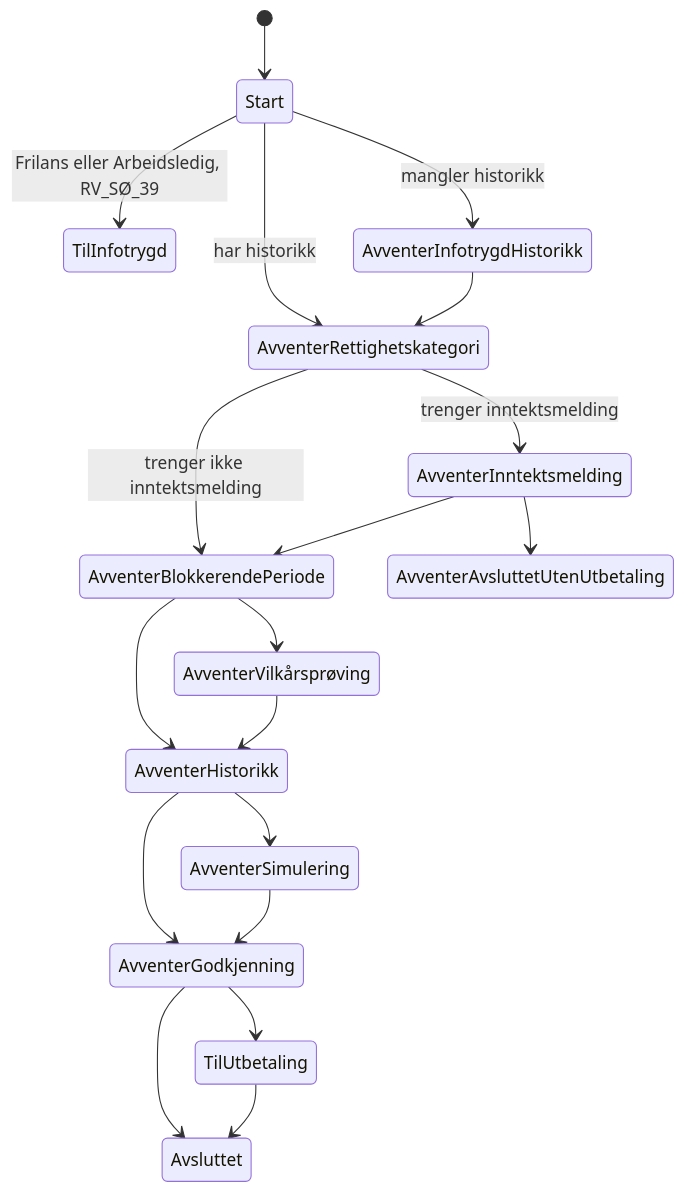
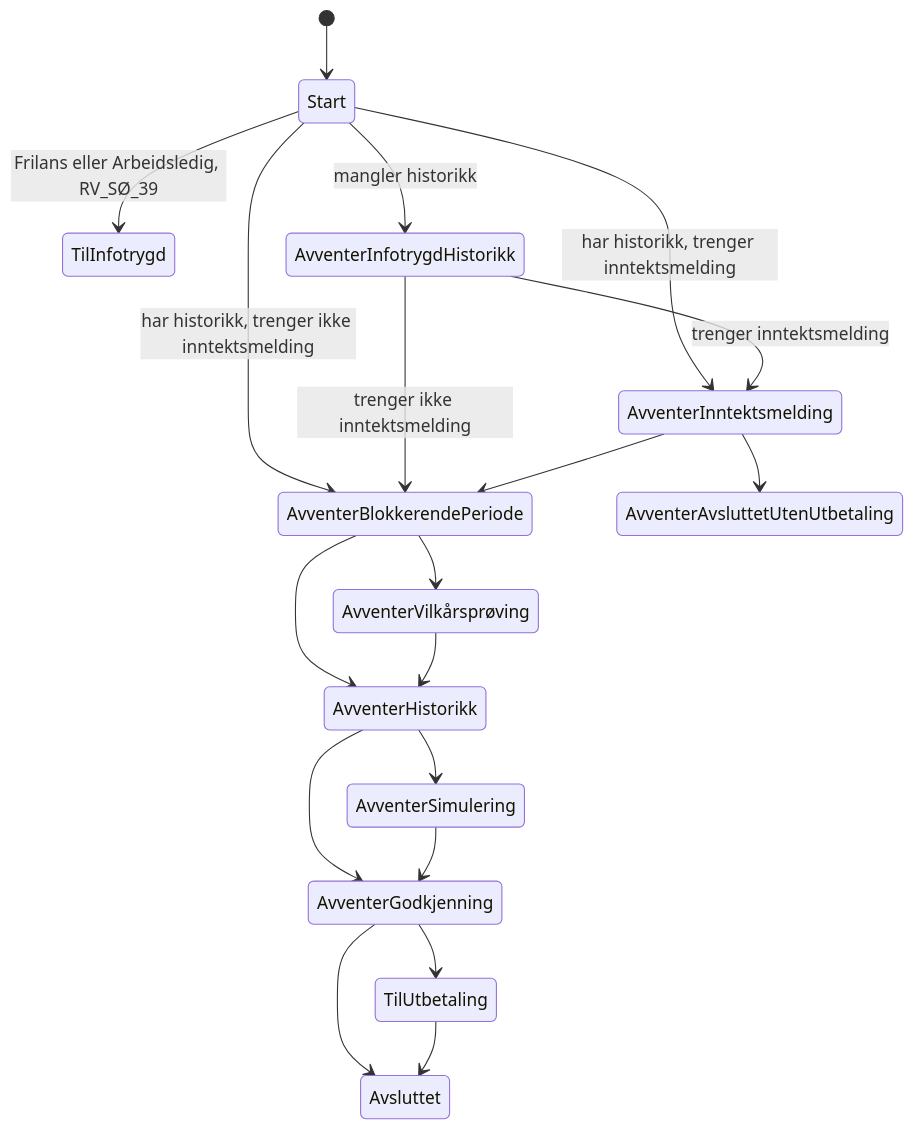
One commit to navikt/helse-sas-meta changed the diagram in docs/forenkle-tilstandsmaskin.md. Above: the diagram before and after it, drawn with Mermaid. The commit also changed other lines of this file and 2 other files, not shown here.

````diff
--- a/docs/forenkle-tilstandsmaskin.md
+++ b/docs/forenkle-tilstandsmaskin.md
@@ -124,21 +107,21 @@
 ```mermaid
 stateDiagram-v2
     [*] --> Start
     Start --> TilInfotrygd: Frilans eller Arbeidsledig, RV_SØ_39
     Start --> AvventerInfotrygdHistorikk: mangler historikk
-    Start --> AvventerRettighetskategori: har historikk
-    AvventerInfotrygdHistorikk --> AvventerRettighetskategori
-    AvventerRettighetskategori --> AvventerInntektsmelding: trenger inntektsmelding
-    AvventerRettighetskategori --> AvventerBlokkerendePeriode: trenger ikke inntektsmelding
+    Start --> AvventerInntektsmelding: har historikk, trenger inntektsmelding
+    Start --> AvventerBlokkerendePeriode: har historikk, trenger ikke inntektsmelding
+    AvventerInfotrygdHistorikk --> AvventerInntektsmelding: trenger inntektsmelding
+    AvventerInfotrygdHistorikk --> AvventerBlokkerendePeriode: trenger ikke inntektsmelding
     AvventerInntektsmelding --> AvventerAvsluttetUtenUtbetaling
     AvventerInntektsmelding --> AvventerBlokkerendePeriode
     AvventerBlokkerendePeriode --> AvventerVilkårsprøving
     AvventerBlokkerendePeriode --> AvventerHistorikk
     AvventerVilkårsprøving --> AvventerHistorikk
     AvventerHistorikk --> AvventerSimulering
     AvventerHistorikk --> AvventerGodkjenning
     AvventerSimulering --> AvventerGodkjenning
     AvventerGodkjenning --> TilUtbetaling
     AvventerGodkjenning --> Avsluttet
     TilUtbetaling --> Avsluttet
 ```
````
